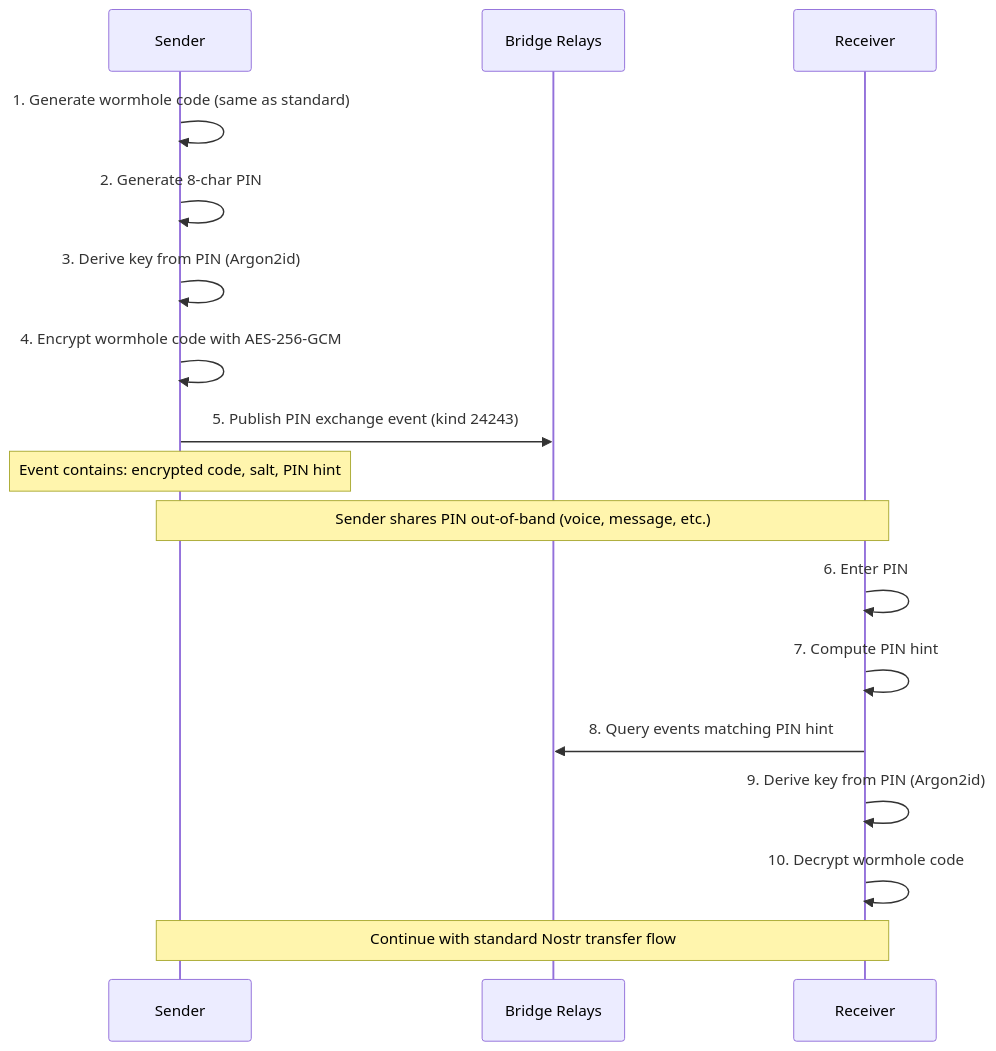
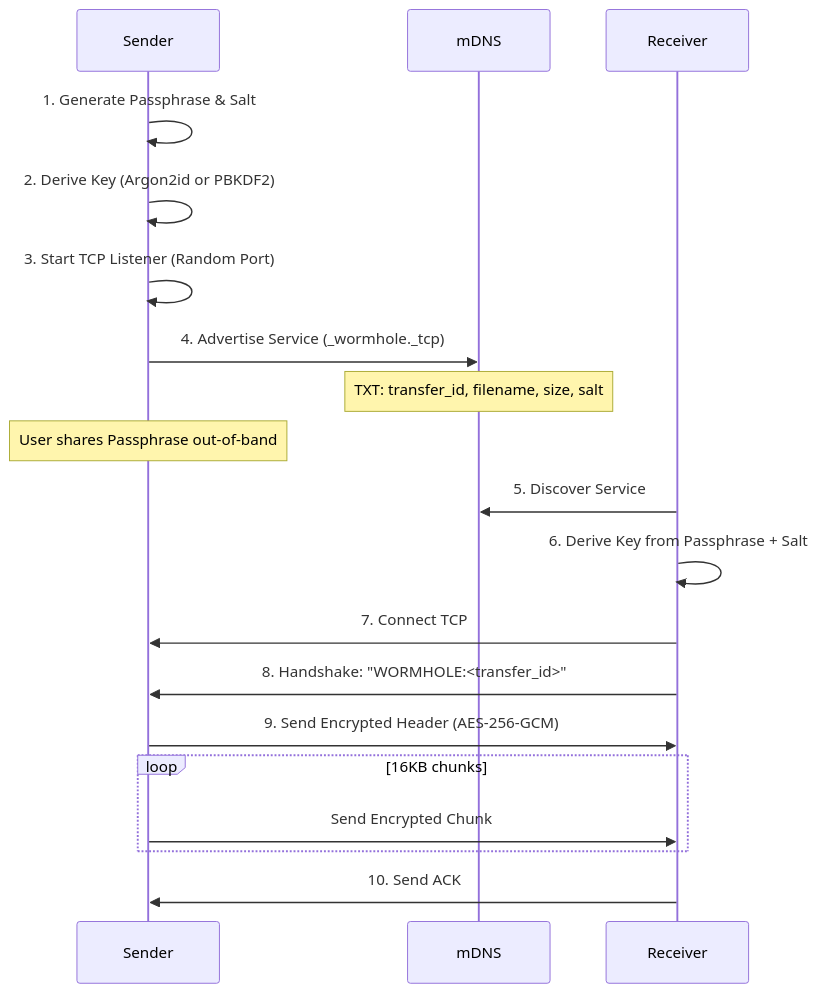
The sixth of 7 diagrams in docs/ARCHITECTURE.md (andrewtheguy/wormhole-rs), drawn with Mermaid before and after one commit. The commit also changed other lines of this file and 1 other file, not shown here.

````diff
--- a/docs/ARCHITECTURE.md
+++ b/docs/ARCHITECTURE.md
@@ -103,23 +140,29 @@
 ```mermaid
 sequenceDiagram
     participant Sender
-    participant Bridge as Bridge Relays
+    participant mDNS
     participant Receiver
 
-    Sender->>Sender: 1. Generate wormhole code (same as standard)
-    Sender->>Sender: 2. Generate 8-char PIN
-    Sender->>Sender: 3. Derive key from PIN (Argon2id)
-    Sender->>Sender: 4. Encrypt wormhole code with AES-256-GCM
-    Sender->>Bridge: 5. Publish PIN exchange event (kind 24243)
-    Note over Sender: Event contains: encrypted code, salt, PIN hint
+    Sender->>Sender: 1. Generate Passphrase & Salt
+    Sender->>Sender: 2. Derive Key (Argon2id or PBKDF2)
+    Sender->>Sender: 3. Start TCP Listener (Random Port)
+    
+    Sender->>mDNS: 4. Advertise Service (_wormhole._tcp)
+    Note over mDNS: TXT: transfer_id, filename, size, salt
 
-    Note over Sender,Receiver: Sender shares PIN out-of-band (voice, message, etc.)
+    Note over Sender: User shares Passphrase out-of-band
 
-    Receiver->>Receiver: 6. Enter PIN
-    Receiver->>Receiver: 7. Compute PIN hint
-    Receiver->>Bridge: 8. Query events matching PIN hint
-    Receiver->>Receiver: 9. Derive key from PIN (Argon2id)
-    Receiver->>Receiver: 10. Decrypt wormhole code
+    Receiver->>mDNS: 5. Discover Service
+    Receiver->>Receiver: 6. Derive Key from Passphrase + Salt
+    
+    Receiver->>Sender: 7. Connect TCP
+    Receiver->>Sender: 8. Handshake: "WORMHOLE:<transfer_id>"
+    
+    Sender->>Receiver: 9. Send Encrypted Header (AES-256-GCM)
+    
+    loop 16KB chunks
+        Sender->>Receiver: Send Encrypted Chunk
+    end
 
-    Note over Sender,Receiver: Continue with standard Nostr transfer flow
+    Receiver->>Sender: 10. Send ACK
 ```
````
